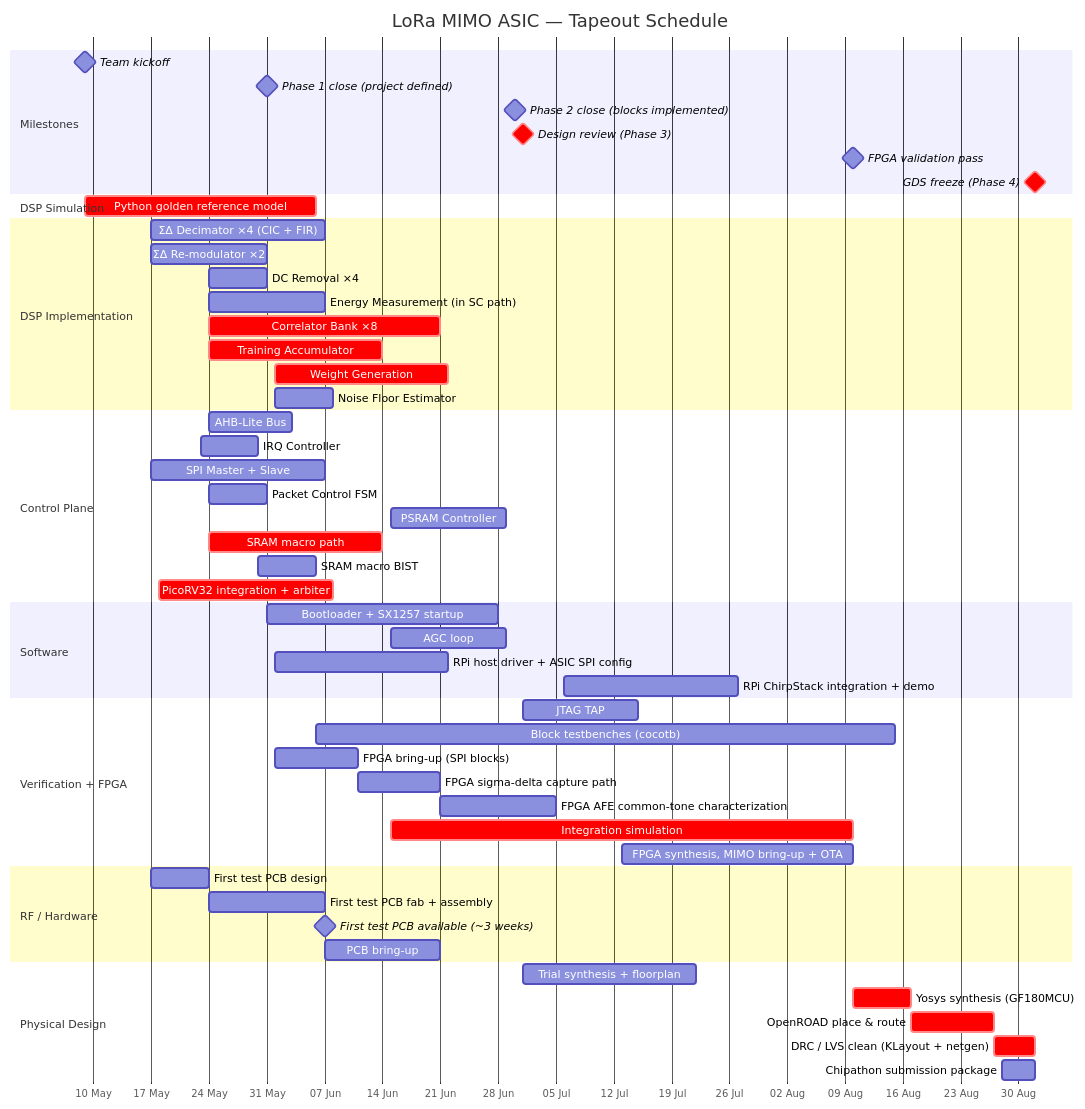
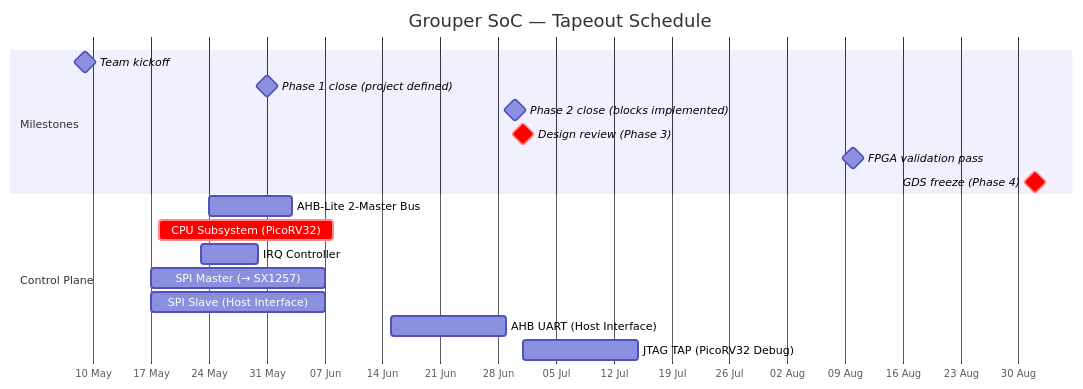
One commit to Sheffield-Chip-Design-Team/chipathon-2026-grouper changed the diagram in planning/Gantt.md. Above: the diagram before and after it, drawn with Mermaid. The commit also changed other lines of this file and 10 other files, not shown here.

````diff
--- a/planning/Gantt.md
+++ b/planning/Gantt.md
@@ -9,65 +9,23 @@
 ```mermaid
 gantt
-    title LoRa MIMO ASIC — Tapeout Schedule
+    title Grouper SoC — Tapeout Schedule
     dateFormat  YYYY-MM-DD
     axisFormat  %d %b
 
     section Milestones
     Team kickoff                         :milestone, m1, 2026-05-09, 0d
     Phase 1 close (project defined)      :milestone, m_p1, 2026-05-31, 0d
     Phase 2 close (blocks implemented)   :milestone, m_p2, 2026-06-30, 0d
     Design review (Phase 3)              :milestone, crit, m2, 2026-07-01, 0d
     FPGA validation pass                 :milestone, m3,     2026-08-10, 0d
     GDS freeze (Phase 4)                 :milestone, crit, m4, 2026-09-01, 0d
 
-    section DSP Simulation
-    Python golden reference model        :crit, vf1,  2026-05-09, 28d
-
-    section DSP Implementation
-    ΣΔ Decimator ×4 (CIC + FIR)         :rx1,  2026-05-17, 21d
-    ΣΔ Re-modulator ×2                   :rx6,  2026-05-17, 14d
-    DC Removal ×4                        :rx0,  2026-05-24, 7d
-    Energy Measurement (in SC path)     :rx2,  2026-05-24, 14d
-    Correlator Bank ×8                   :crit, rx3,  2026-05-24, 28d
-    Training Accumulator                 :crit, rx4,  2026-05-24, 21d
-    Weight Generation                    :crit, rx5,  2026-06-01, 21d
-    Noise Floor Estimator                :rx7,  2026-06-01, 7d
-
     section Control Plane
-    AHB-Lite Bus                         :cb4,  2026-05-24, 10d
-    IRQ Controller                       :cb3,  2026-05-23, 7d
-    SPI Master + Slave                   :cb1,  2026-05-17, 21d
-    Packet Control FSM                   :cb5,  2026-05-24, 7d
-    PSRAM Controller                     :cb6,  2026-06-15, 14d
-    SRAM macro path                      :crit, cm1,  2026-05-24, 21d
-    SRAM macro BIST                      :cm2,  2026-05-30, 7d
-    PicoRV32 integration + arbiter       :crit, cm3,  2026-05-18, 21d
-
-    section Software
-    Bootloader + SX1257 startup          :fw0,  2026-05-31, 28d
-    AGC loop                             :fw4,  2026-06-15, 14d
-    RPi host driver + ASIC SPI config    :fw6,  2026-06-01, 21d
-    RPi ChirpStack integration + demo    :fw7,  2026-07-06, 21d
-
-    section Verification + FPGA
-    JTAG TAP                             :cm4,  2026-07-01, 14d
-    Block testbenches (cocotb)           :vf2,  after vf1, 70d
-    FPGA bring-up (SPI blocks)           :fp0,  2026-06-01, 10d
-    FPGA sigma-delta capture path        :fp1,  2026-06-11, 10d
-    FPGA AFE common-tone characterization:fp2,  2026-06-21, 14d
-    Integration simulation               :crit, vf4,  2026-06-15, 56d
-    FPGA synthesis, MIMO bring-up + OTA  :fp3,  2026-07-13, 28d
-
-    section RF / Hardware
-    First test PCB design                :hw2,  2026-05-17, 7d
-    First test PCB fab + assembly        :hw3,  2026-05-24, 14d
-    First test PCB available (~3 weeks)  :milestone, hw4, 2026-06-07, 0d
-    PCB bring-up                         :hw5,  2026-06-07, 14d
-
-    section Physical Design
-    Trial synthesis + floorplan          :pd0,  2026-07-01, 21d
-    Yosys synthesis (GF180MCU)           :crit, pd1,  2026-08-10, 7d
-    OpenROAD place & route               :crit, pd2,  2026-08-17, 10d
-    DRC / LVS clean (KLayout + netgen)   :crit, pd3,  2026-08-27, 5d
-    Chipathon submission package         :pd4,  2026-08-28, 4d
+    AHB-Lite 2-Master Bus                :cp1,  2026-05-24, 10d
+    CPU Subsystem (PicoRV32)             :crit, cp2, 2026-05-18, 21d
+    IRQ Controller                       :cp3,  2026-05-23, 7d
+    SPI Master (→ SX1257)                :cp4,  2026-05-17, 21d
+    SPI Slave (Host Interface)           :cp5,  2026-05-17, 21d
+    AHB UART (Host Interface)            :cp6,  2026-06-15, 14d
+    JTAG TAP (PicoRV32 Debug)            :cp7,  2026-07-01, 14d
 ```
````
